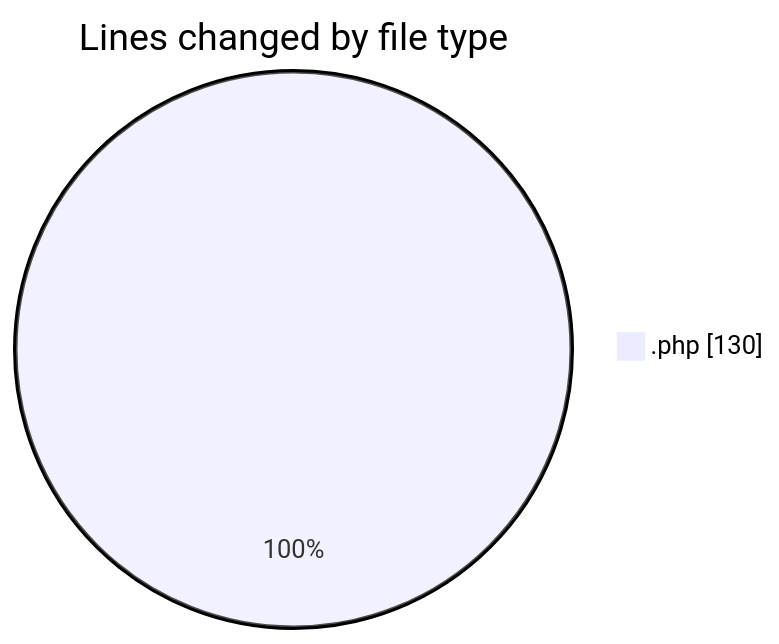
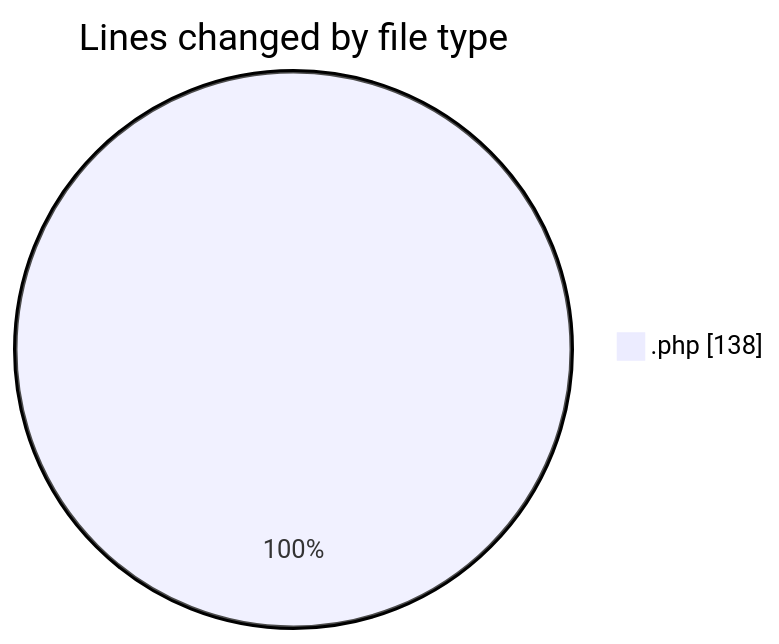
The first of 2 diagrams in 2025-06-10/qrcodejs-master/README.md (LanceThiago/code-tracking), drawn with Mermaid before and after one commit. The commit also changed other lines of this file and 1 other file, not shown here.

````diff
--- a/2025-06-10/qrcodejs-master/README.md
+++ b/2025-06-10/qrcodejs-master/README.md
@@ -20,5 +20,5 @@
 ```mermaid
 pie showData
 title Lines changed by file type
-".php" : 130
+".php" : 138
 ```
````
